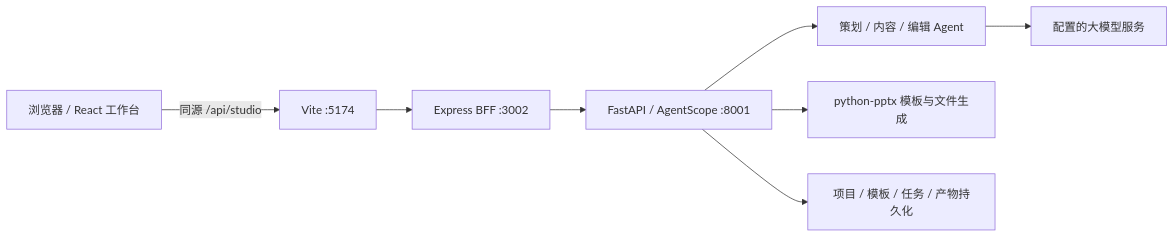
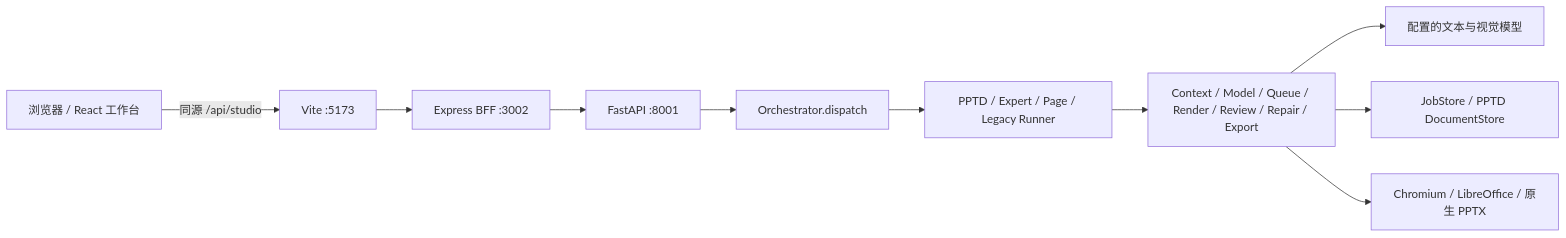
One commit to dxpfig/ppt_as changed the diagram in docs/backend-agent.md. Above: the diagram before and after it, drawn with Mermaid. The commit also changed other lines of this file and 11 other files, not shown here.

````diff
--- a/docs/backend-agent.md
+++ b/docs/backend-agent.md
@@ -5,10 +5,12 @@
 ```mermaid
 flowchart LR
-    Browser[浏览器 / React 工作台] -->|同源 /api/studio| Vite[Vite :5174]
+    Browser[浏览器 / React 工作台] -->|同源 /api/studio| Vite[Vite :5173]
     Vite --> BFF[Express BFF :3002]
-    BFF --> Python[FastAPI / AgentScope :8001]
-    Python --> Agents[策划 / 内容 / 编辑 Agent]
-    Agents --> LLM[配置的大模型服务]
-    Python --> Render[python-pptx 模板与文件生成]
-    Python --> Storage[项目 / 模板 / 任务 / 产物持久化]
+    BFF --> Python[FastAPI :8001]
+    Python --> Orchestrator[Orchestrator.dispatch]
+    Orchestrator --> Runners[PPTD / Expert / Page / Legacy Runner]
+    Runners --> Services[Context / Model / Queue / Render / Review / Repair / Export]
+    Services --> LLM[配置的文本与视觉模型]
+    Services --> Store[JobStore / PPTD DocumentStore]
+    Services --> Render[Chromium / LibreOffice / 原生 PPTX]
 ```
````
